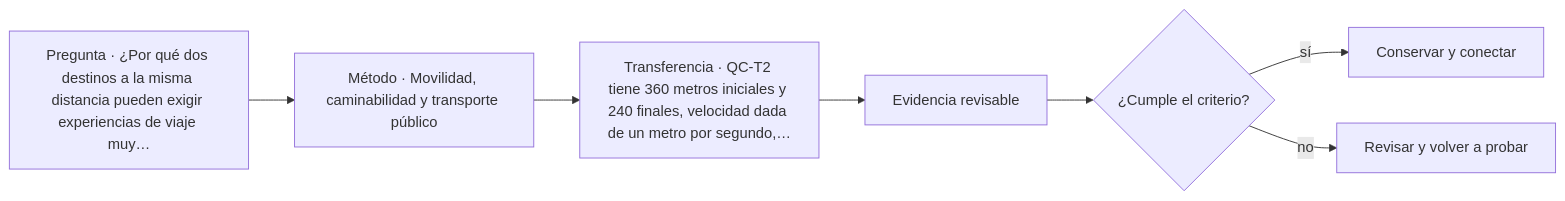
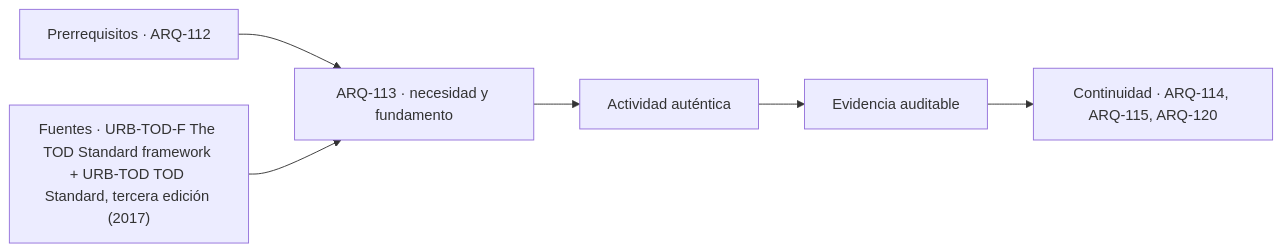
The diagram in classes/parte-12/ARQ-113.md (vladimiracunadev-create/architecture-built-environment-learning-program), drawn with Mermaid before and after one commit. The commit also changed other lines of this file and 761 other files, not shown here.

````diff
--- a/classes/parte-12/ARQ-113.md
+++ b/classes/parte-12/ARQ-113.md
@@ -106,9 +118,8 @@
 ```mermaid
 flowchart LR
-    Q["Pregunta · ¿Por qué dos destinos a la misma distancia pueden exigir experiencias de viaje muy…"] --> M["Método · Movilidad, caminabilidad y transporte público"]
-    M --> P["Transferencia · QC-T2 tiene 360 metros iniciales y 240 finales, velocidad dada de un metro por segundo,…"]
-    P --> E["Evidencia revisable"]
-    E --> C{"¿Cumple el criterio?"}
-    C -->|sí| T["Conservar y conectar"]
-    C -->|no| R["Revisar y volver a probar"]
+    A["Prerrequisitos · ARQ-112"] --> B["ARQ-113 · necesidad y fundamento"]
+    S["Fuentes · URB-TOD-F The TOD Standard framework + URB-TOD TOD Standard, tercera edición (2017)"] --> B
+    B --> C["Actividad auténtica"]
+    C --> D["Evidencia auditable"]
+    D --> E["Continuidad · ARQ-114, ARQ-115, ARQ-120"]
 ```
````
